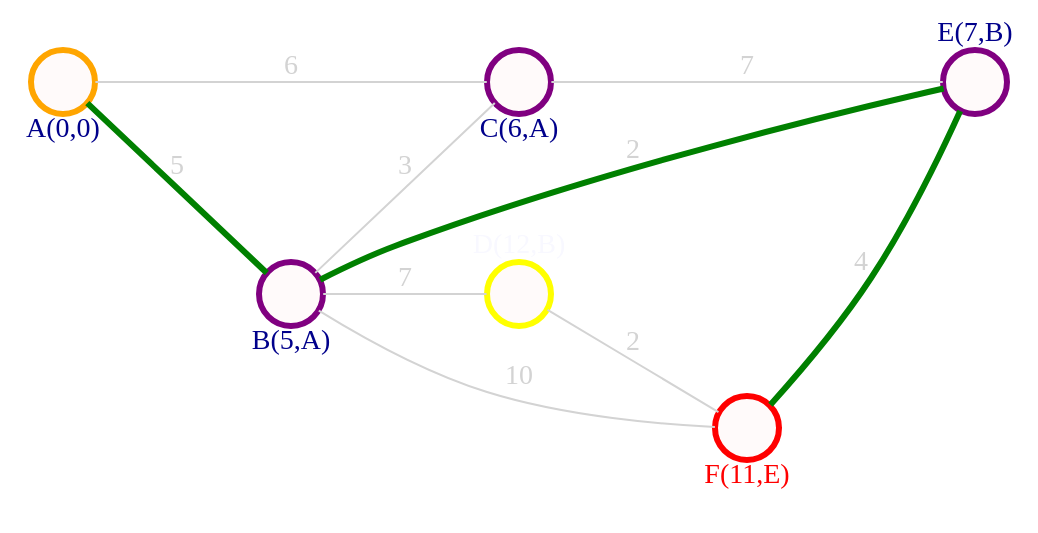
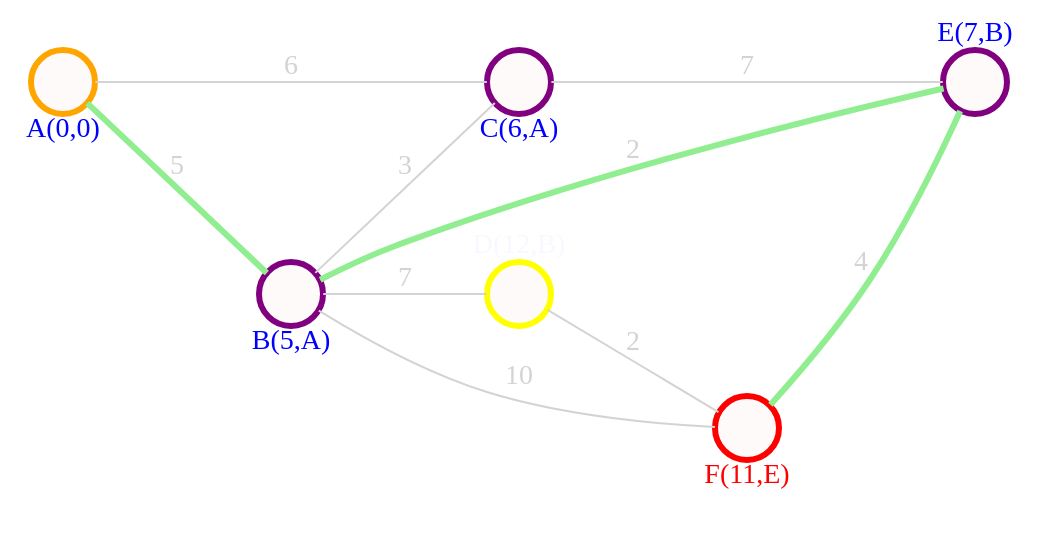
The sixth of 6 diagrams in uni/Discrete math/Graphs/Graphs - shortest path.md (dgudim2/obsidian_vault), drawn with Graphviz before and after one commit. The commit also changed other lines of this file and 7 other files, not shown here.

````diff
--- a/uni/Discrete math/Graphs/Graphs - shortest path.md
+++ b/uni/Discrete math/Graphs/Graphs - shortest path.md
@@ -313,44 +313,44 @@
 ```dot 
 graph neato { 
 
 bgcolor="transparent" 
 
 rankdir="LR"
 
 graph [layout = dot, ranksep=1,nodesep=.5]
 
 subgraph cluster_space {
 	graph [peripheries=0] 
 	
 	node [shape = circle, 
 	      style = filled, 
 	      width=0.45, 
 	      height=0.45, 
 	      color=yellow, 
 	      fillcolor=snow, 
 	      fontcolor=ghostwhite,
 	      fixedsize=true,
 	      penwidth=3]
 	
-	a [label="\n\n\nA(0,0)",color=orange,fontcolor=darkblue]
-	b [label="\n\n\nB(5,A)",color=purple,fontcolor=darkblue]
-	c [label="\n\n\nC(6,A)",color=purple,fontcolor=darkblue]
+	a [label="\n\n\nA(0,0)",color=orange,fontcolor=blue]
+	b [label="\n\n\nB(5,A)",color=purple,fontcolor=blue]
+	c [label="\n\n\nC(6,A)",color=purple,fontcolor=blue]
 	d [label="D(12,B)\n\n\n\n"]
-	e [label="E(7,B)\n\n\n\n",color=purple,fontcolor=darkblue]
+	e [label="E(7,B)\n\n\n\n",color=purple,fontcolor=blue]
 	f [label="\n\n\nF(11,E)",color=red,fontcolor=red]
 	
 	edge [color=lightgray, fontcolor=lightgray] 
 	
-	a -- b [label="5",weight=5,color=green,penwidth=3]
+	a -- b [label="5",weight=5,color=lightgreen,penwidth=3]
 	a -- c [label="6",weight=6]
-	b -- e [label="2",weight=2,color=green,penwidth=3]
+	b -- e [label="2",weight=2,color=lightgreen,penwidth=3]
 	b -- f [label="10",weight=10]
 	b -- c [label="3",weight=3]
 	b -- d [label="7",weight=7]
 	c -- e [label="7",weight=7]
 	d -- f [label="2",weight=2]
-	f -- e [label="4",weight=4,color=green,penwidth=3]
+	f -- e [label="4",weight=4,color=lightgreen,penwidth=3]
 	
 	}
 } 
 ```
````
